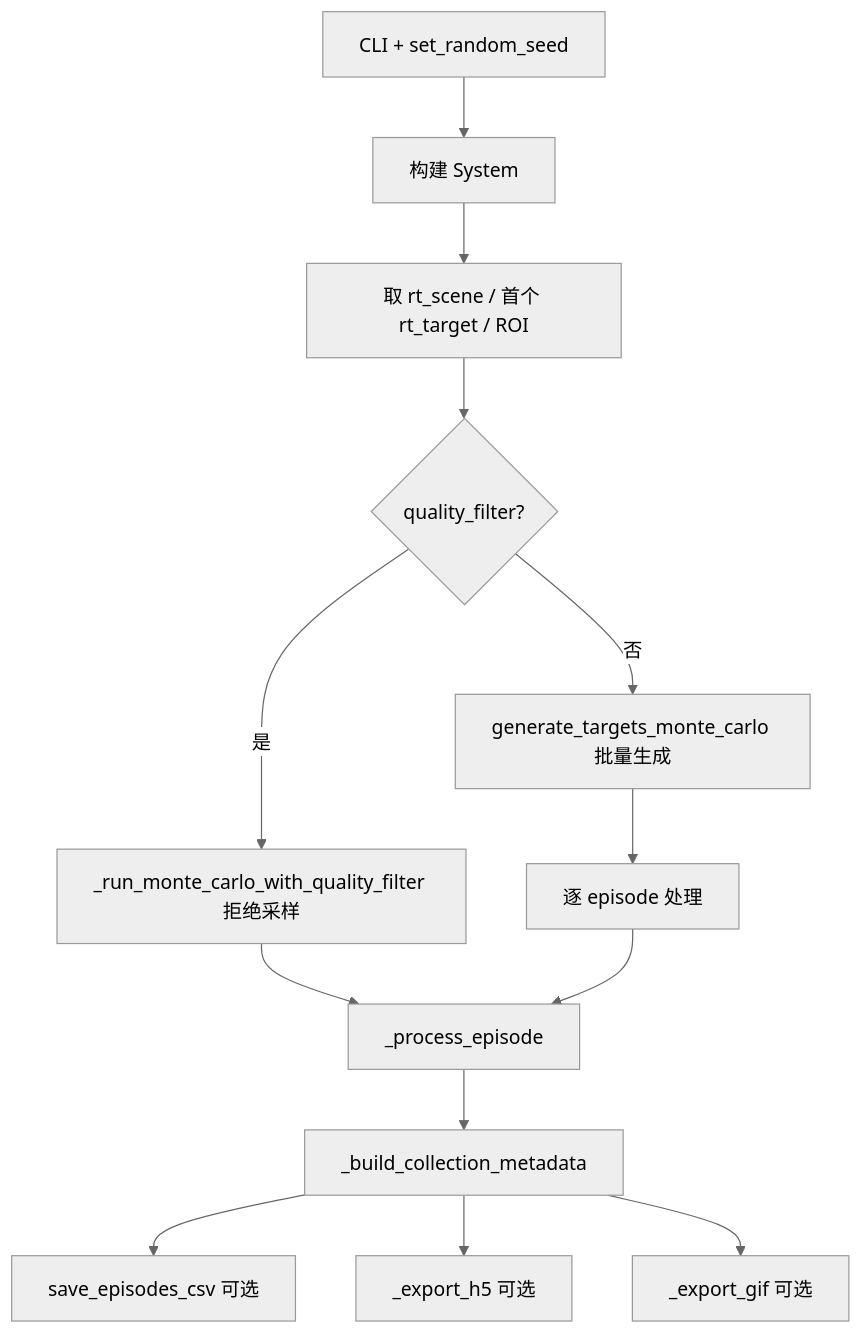
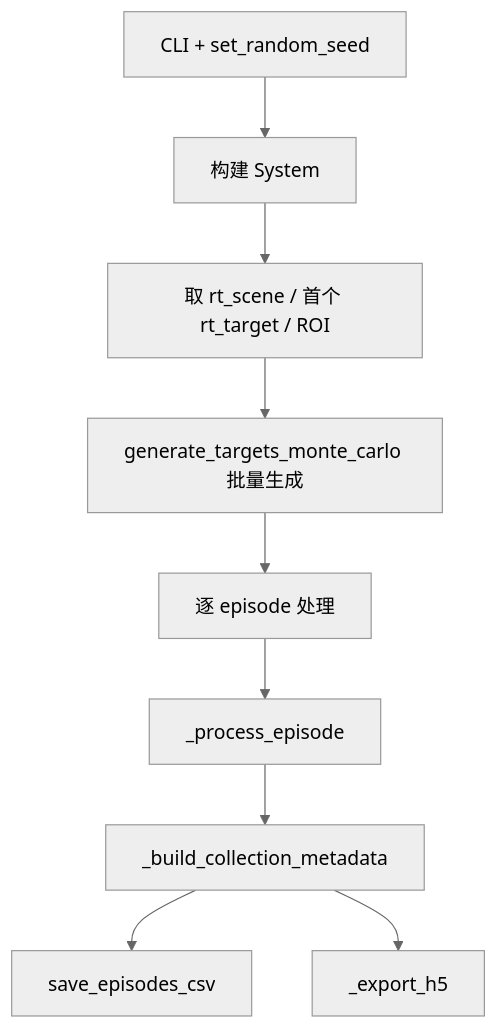
Before and after one commit to GitLinhp/isac: the first of 2 diagrams in docs/run_dataset_collection.md, drawn with Mermaid (neutral theme). The commit also changed other lines of this file and 2 other files, not shown here.

````diff
--- a/docs/run_dataset_collection.md
+++ b/docs/run_dataset_collection.md
@@ -48,15 +44,11 @@
 ```mermaid
 flowchart TD
     start[CLI + set_random_seed] --> buildSys[构建 System]
     buildSys --> prepScene[取 rt_scene / 首个 rt_target / ROI]
-    prepScene --> branch{quality_filter?}
-    branch -->|是| mcReject[_run_monte_carlo_with_quality_filter 拒绝采样]
-    branch -->|否| mcBatch[generate_targets_monte_carlo 批量生成]
+    prepScene --> mcBatch[generate_targets_monte_carlo 批量生成]
     mcBatch --> loopPlain[逐 episode 处理]
-    mcReject --> processEp[_process_episode]
-    loopPlain --> processEp
+    loopPlain --> processEp[_process_episode]
     processEp --> meta[_build_collection_metadata]
-    meta --> csv[save_episodes_csv 可选]
-    meta --> h5[_export_h5 可选]
-    meta --> gif[_export_gif 可选]
+    meta --> csv[save_episodes_csv]
+    meta --> h5[_export_h5]
 ```
````
